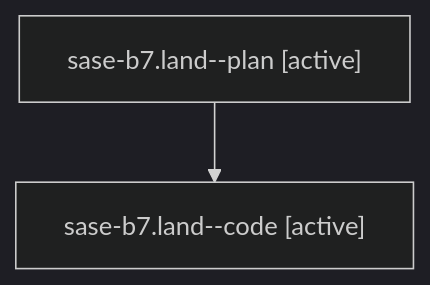
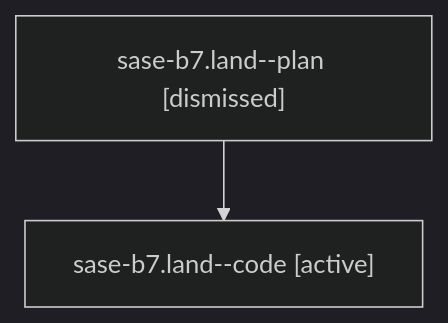
The diagram in sessions/bbugyi200.athena.sase-b7.land.md (sase-org/sase--agents), drawn with Mermaid (dark theme) before and after one commit. The commit also changed other lines of this file and 118 other files, not shown here.

````diff
--- a/sessions/bbugyi200.athena.sase-b7.land.md
+++ b/sessions/bbugyi200.athena.sase-b7.land.md
@@ -9,6 +9,6 @@
 ```mermaid
 flowchart TD
-  n0["sase-b7.land--plan [active]"]
+  n0["sase-b7.land--plan [dismissed]"]
   n1["sase-b7.land--code [active]"]
   n0 --> n1
 ```
````
